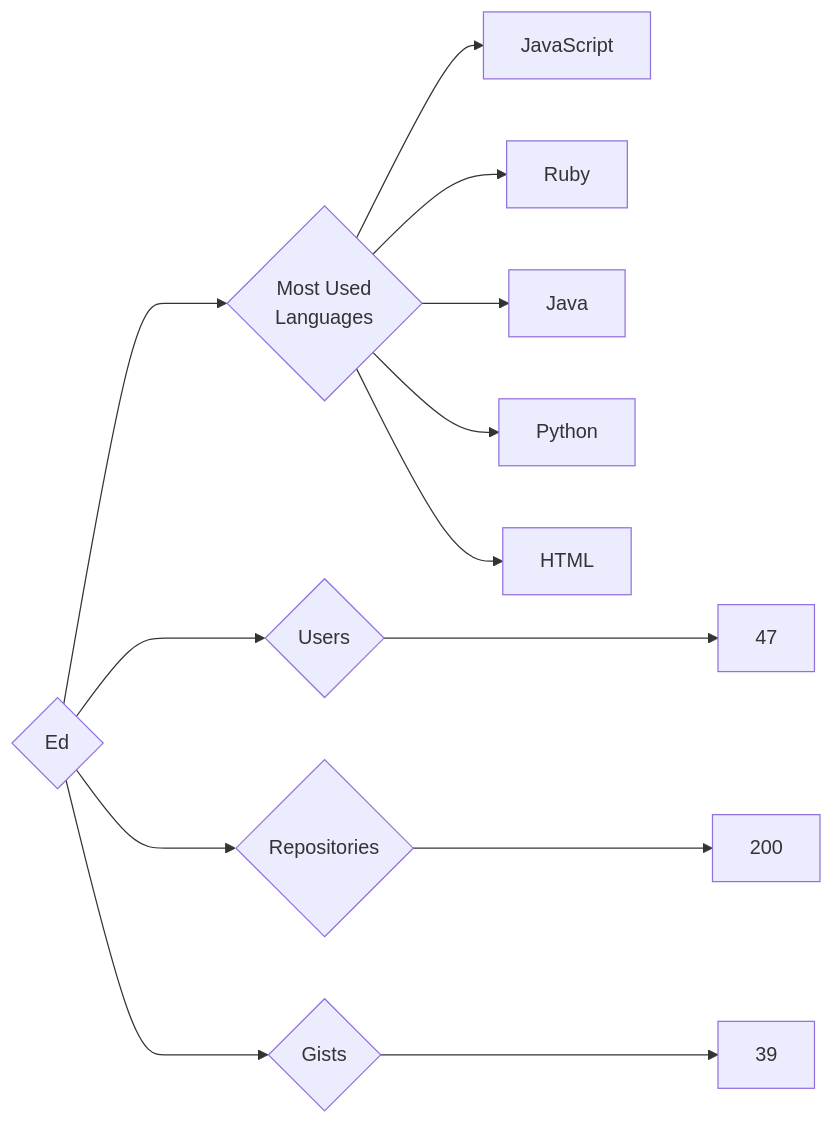
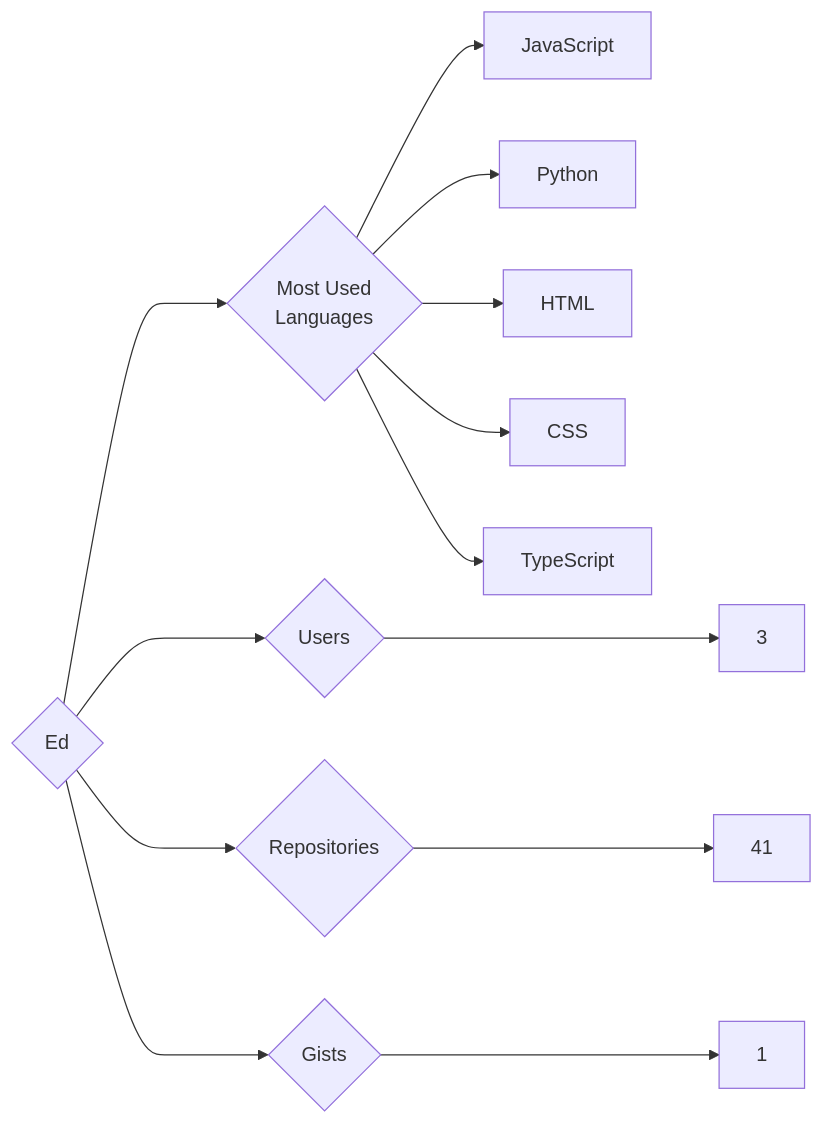
Before and after one commit to trickest/insiders: the diagram in targets/Ed/README.md, drawn with Mermaid. The commit also changed 899 other files, not shown here.

````diff
--- a/targets/Ed/README.md
+++ b/targets/Ed/README.md
@@ -3,13 +3,13 @@
 ```mermaid
 graph LR
 COMPANY_NAME{Ed}
-COMPANY_NAME ---> U{Users} ---> UN[47]
-COMPANY_NAME ---> R{Repositories} ---> RN[200]
-COMPANY_NAME ---> G{Gists} ---> GN[39]
+COMPANY_NAME ---> U{Users} ---> UN[3]
+COMPANY_NAME ---> R{Repositories} ---> RN[41]
+COMPANY_NAME ---> G{Gists} ---> GN[1]
 COMPANY_NAME ---> ML{Most Used<br>Languages}
 ML --> JavaScript[JavaScript]
-ML --> Ruby[Ruby]
-ML --> Java[Java]
 ML --> Python[Python]
 ML --> HTML[HTML]
+ML --> CSS[CSS]
+ML --> TypeScript[TypeScript]
 ```
````
